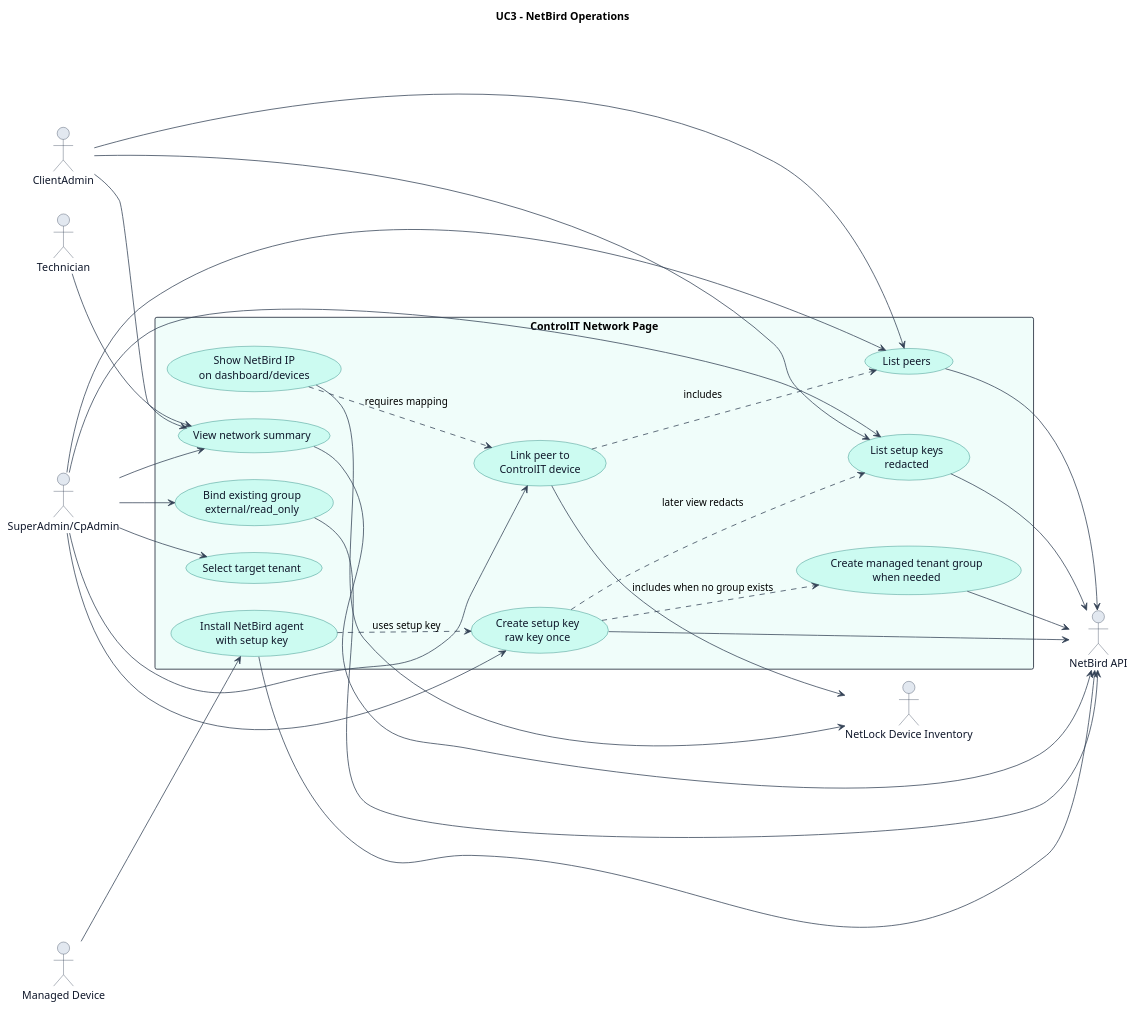
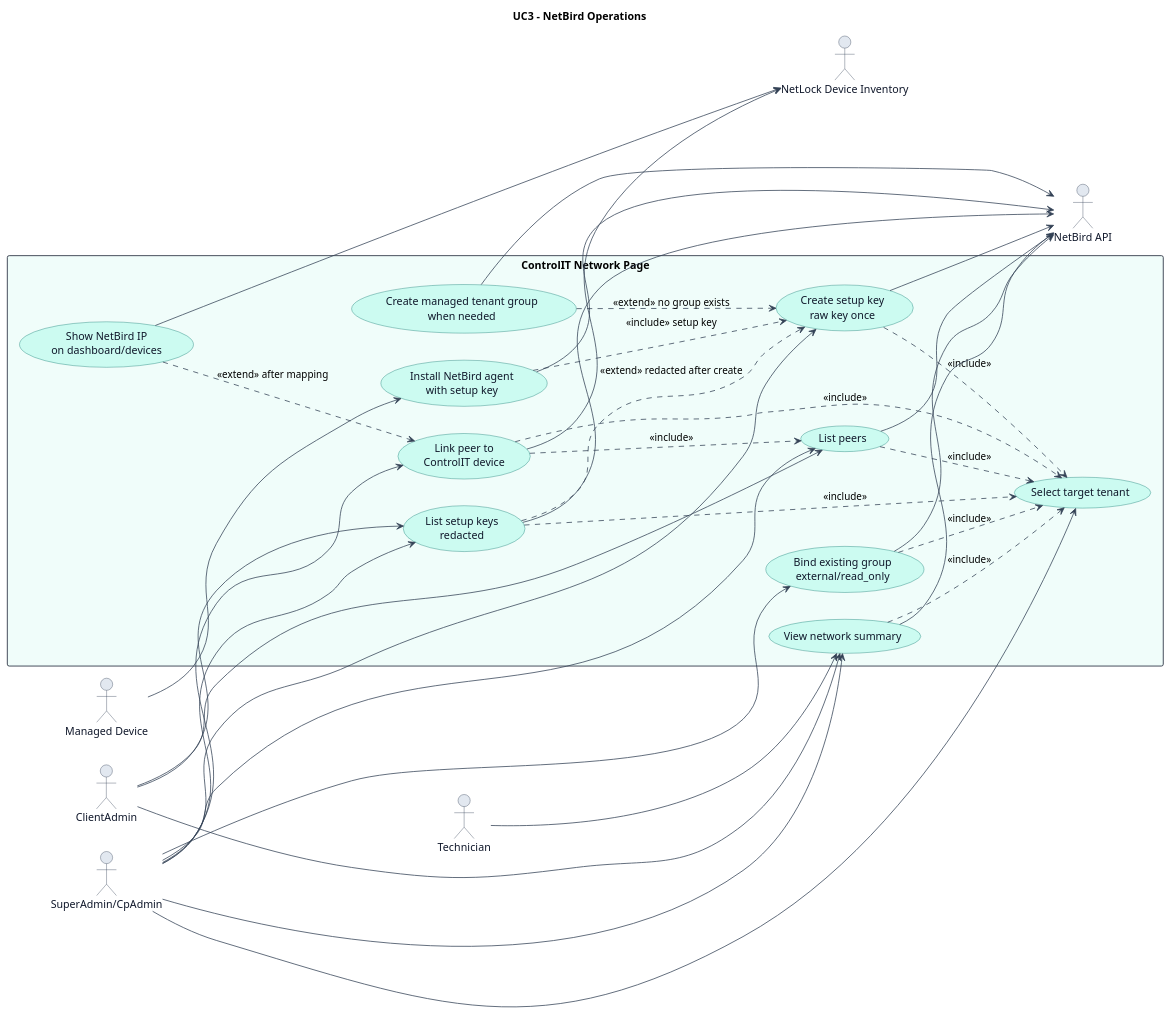
One commit to mahir-m01/NetLock-RMM-API-Layer changed the diagram in diagrams/use-case/uc3-netbird-operations.puml. Above: the diagram before and after it, drawn with PlantUML. The commit also changed 6 other files, not shown here.

Commit message:
docs: add UML include extend use-case relations

```diff
--- a/diagrams/use-case/uc3-netbird-operations.puml
+++ b/diagrams/use-case/uc3-netbird-operations.puml
@@ -1,66 +1,72 @@
 @startuml uc3-netbird-operations
 title UC3 - NetBird Operations
 left to right direction
 skinparam shadowing false
 skinparam backgroundColor white
 skinparam packageStyle rectangle
 skinparam ArrowColor #334155
 skinparam ActorBorderColor #334155
 skinparam ActorBackgroundColor #E2E8F0
 skinparam ActorFontColor #0F172A
 skinparam UsecaseBorderColor #0F766E
 skinparam UsecaseBackgroundColor #CCFBF1
 skinparam UsecaseFontColor #0F172A
 skinparam RectangleBorderColor #0F172A
 skinparam RectangleBackgroundColor #F8FAFC
 
 actor "SuperAdmin/CpAdmin" as Admin
 actor "ClientAdmin" as ClientAdmin
 actor "Technician" as Technician
 actor "Managed Device" as Device
 actor "NetBird API" as NetBird
 actor "NetLock Device Inventory" as NetLock
 
 rectangle "ControlIT Network Page" #F0FDFA {
   usecase "Select target tenant" as SelectTenant
   usecase "Bind existing group\nexternal/read_only" as BindGroup
   usecase "Create managed tenant group\nwhen needed" as ManagedGroup
   usecase "Create setup key\nraw key once" as CreateKey
   usecase "List setup keys\nredacted" as ListKeys
   usecase "Install NetBird agent\nwith setup key" as InstallAgent
   usecase "List peers" as ListPeers
   usecase "Link peer to\nControlIT device" as LinkPeer
   usecase "Show NetBird IP\non dashboard/devices" as ShowIp
   usecase "View network summary" as Summary
 }
 
 Admin --> SelectTenant
 Admin --> BindGroup
 Admin --> CreateKey
 Admin --> ListKeys
 Admin --> ListPeers
 Admin --> LinkPeer
 Admin --> Summary
 
 ClientAdmin --> ListKeys
 ClientAdmin --> ListPeers
 ClientAdmin --> Summary
 Technician --> Summary
 Device --> InstallAgent
 
-CreateKey ..> ManagedGroup : includes when no group exists
-CreateKey ..> ListKeys : later view redacts
-InstallAgent ..> CreateKey : uses setup key
-LinkPeer ..> ListPeers : includes
-ShowIp ..> LinkPeer : requires mapping
+BindGroup ..> SelectTenant : <<include>>
+CreateKey ..> SelectTenant : <<include>>
+ListKeys ..> SelectTenant : <<include>>
+ListPeers ..> SelectTenant : <<include>>
+LinkPeer ..> SelectTenant : <<include>>
+Summary ..> SelectTenant : <<include>>
+ManagedGroup ..> CreateKey : <<extend>> no group exists
+InstallAgent ..> CreateKey : <<include>> setup key
+LinkPeer ..> ListPeers : <<include>>
+ShowIp ..> LinkPeer : <<extend>> after mapping
+ListKeys ..> CreateKey : <<extend>> redacted after create
 
 BindGroup --> NetBird
 ManagedGroup --> NetBird
 CreateKey --> NetBird
 ListKeys --> NetBird
 InstallAgent --> NetBird
 ListPeers --> NetBird
 Summary --> NetBird
 LinkPeer --> NetLock
 ShowIp --> NetLock
 @enduml
```
